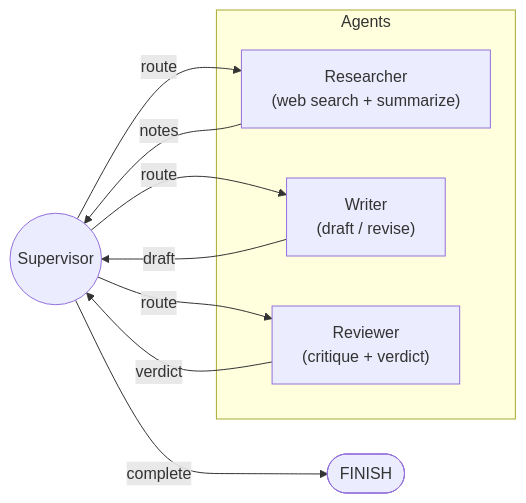
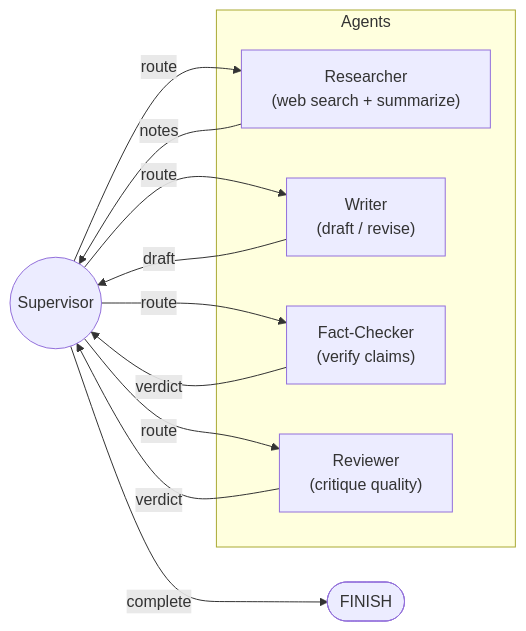
One commit to hadia-sana/multi-agent-research-crew changed the diagram in README.md. Above: the diagram before and after it, drawn with Mermaid. The commit also changed other lines of this file and 2 other files, not shown here.

````diff
--- a/README.md
+++ b/README.md
@@ -9,18 +9,21 @@
 ```mermaid
 flowchart LR
     SUP((Supervisor))
 
     subgraph Agents
         RES["Researcher\n(web search + summarize)"]
         WRI["Writer\n(draft / revise)"]
-        REV["Reviewer\n(critique + verdict)"]
+        FC["Fact-Checker\n(verify claims)"]
+        REV["Reviewer\n(critique quality)"]
     end
 
     SUP -->|route| RES
     SUP -->|route| WRI
+    SUP -->|route| FC
     SUP -->|route| REV
     RES -->|notes| SUP
     WRI -->|draft| SUP
+    FC -->|verdict| SUP
     REV -->|verdict| SUP
     SUP -->|complete| FIN([FINISH])
 ```
````
